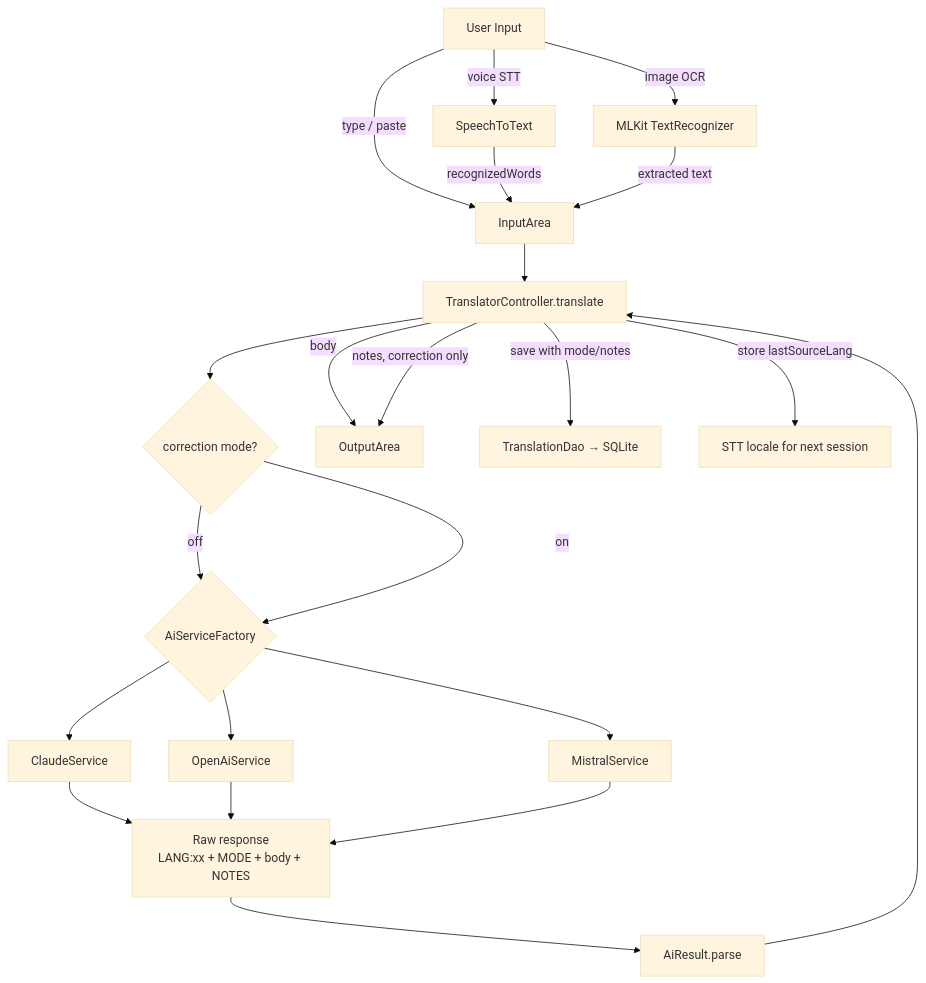
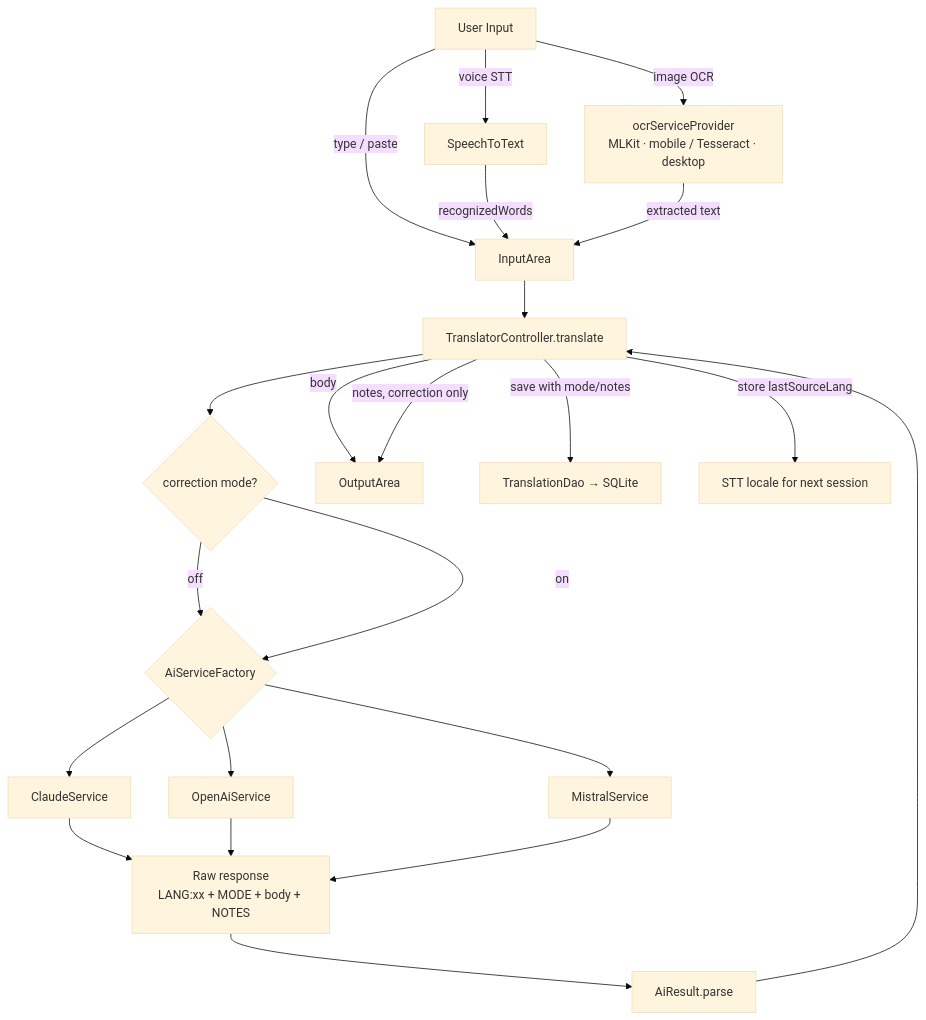
The first of 4 diagrams in docs/architecture.md (rdOxalis/tafsiri), drawn with Mermaid (base theme) before and after one commit. The commit also changed other lines of this file and 38 other files, not shown here.

````diff
--- a/docs/architecture.md
+++ b/docs/architecture.md
@@ -40,22 +44,22 @@
 ```mermaid
 flowchart TD
     A[User Input] -->|type / paste| B[InputArea]
     A -->|voice STT| C[SpeechToText]
-    A -->|image OCR| D[MLKit TextRecognizer]
+    A -->|image OCR| D[ocrServiceProvider\nMLKit · mobile / Tesseract · desktop]
     C -->|recognizedWords| B
     D -->|extracted text| B
     B --> E[TranslatorController.translate]
     E --> CM{correction mode?}
     CM -->|off| F{AiServiceFactory}
     CM -->|on| F
     F --> G[ClaudeService]
     F --> H[OpenAiService]
     F --> I[MistralService]
     G & H & I --> J[Raw response\nLANG:xx + MODE + body + NOTES]
     J --> P[AiResult.parse]
     P --> E
     E -->|body| K[OutputArea]
     E -->|notes, correction only| K
     E -->|save with mode/notes| L[TranslationDao → SQLite]
     E -->|store lastSourceLang| M[STT locale for next session]
 ```
````
